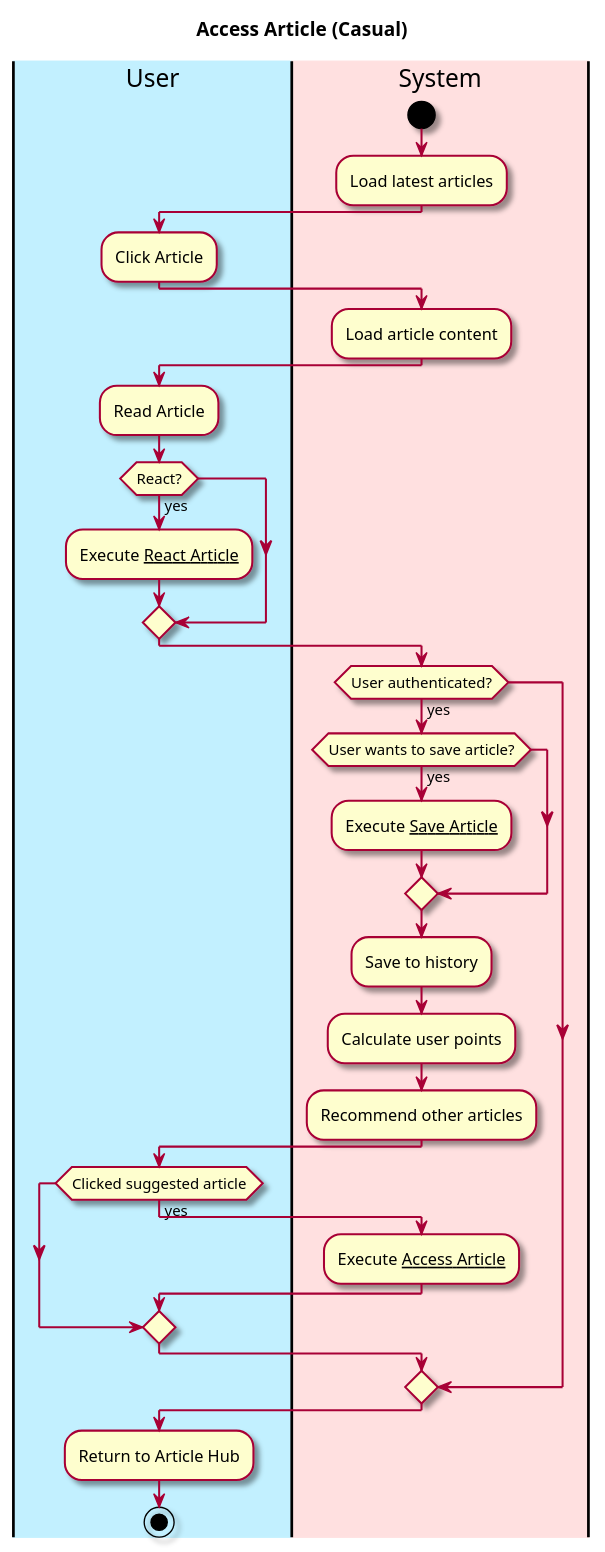
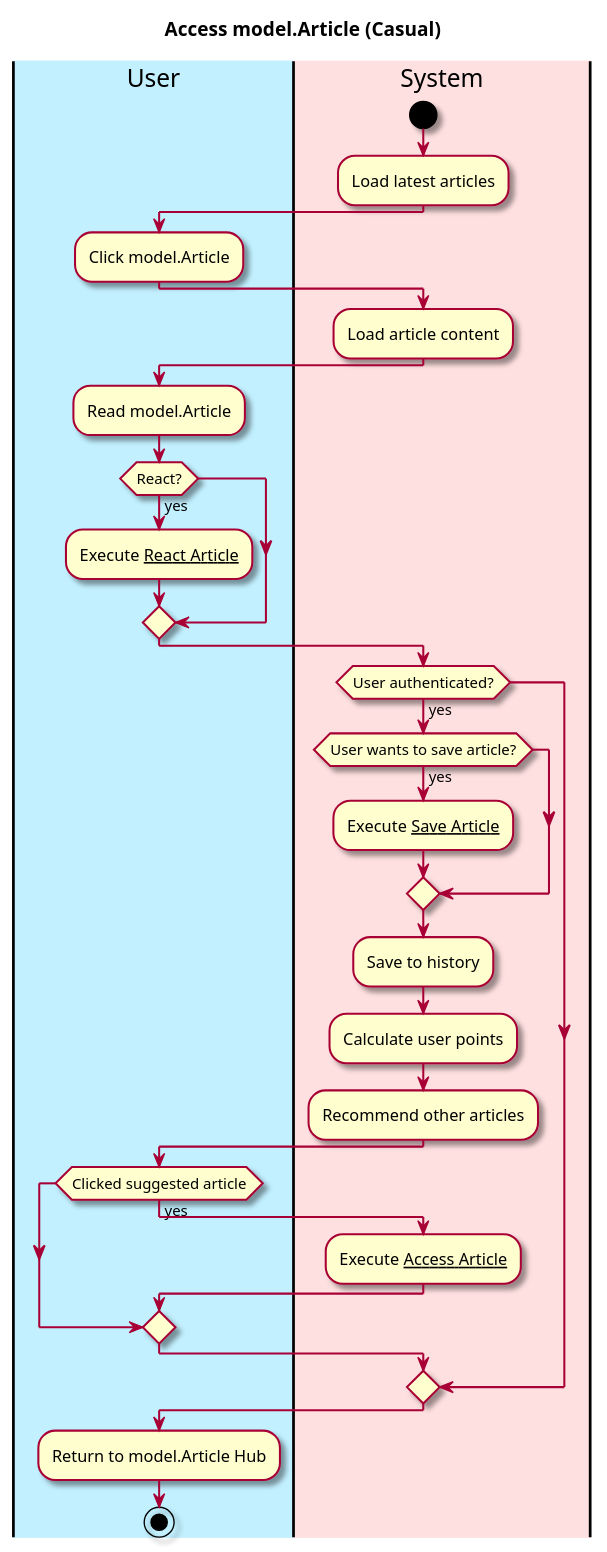
Before and after one commit to owhitleym-ui/EcoScoop: the first of 3 diagrams in intellij/doc/use-cases/access-article.md, drawn with PlantUML. The commit also changed other lines of this file and 72 other files, not shown here.

````diff
--- a/intellij/doc/use-cases/access-article.md
+++ b/intellij/doc/use-cases/access-article.md
@@ -24,48 +24,48 @@
 ```plantuml
 @startuml
 
 skin rose
 
-title Access Article (Casual)
+title Access model.Article (Casual)
 
 'define the lanes
 |#application|User|
 |#implementation|System|
 
 start
 |System|
 :Load latest articles;
 
 |User|
-:Click Article;
+:Click model.Article;
 
 |System|
 :Load article content;
 
 |User|
-:Read Article;
+:Read model.Article;
 if (React?) then (yes)
     :Execute __React Article__;
 endif
 
 |System|
 if (User authenticated?) then (yes)
 if (User wants to save article?) then (yes)
   :Execute __Save Article__;
 endif
   :Save to history;
   :Calculate user points;
   :Recommend other articles;
   |User|
   if(Clicked suggested article) then (yes)
   |System|
   :Execute __Access Article__;
   endif
 endif
 
 |User|
-:Return to Article Hub;
+:Return to model.Article Hub;
 
 stop
 @enduml
 ```
````
